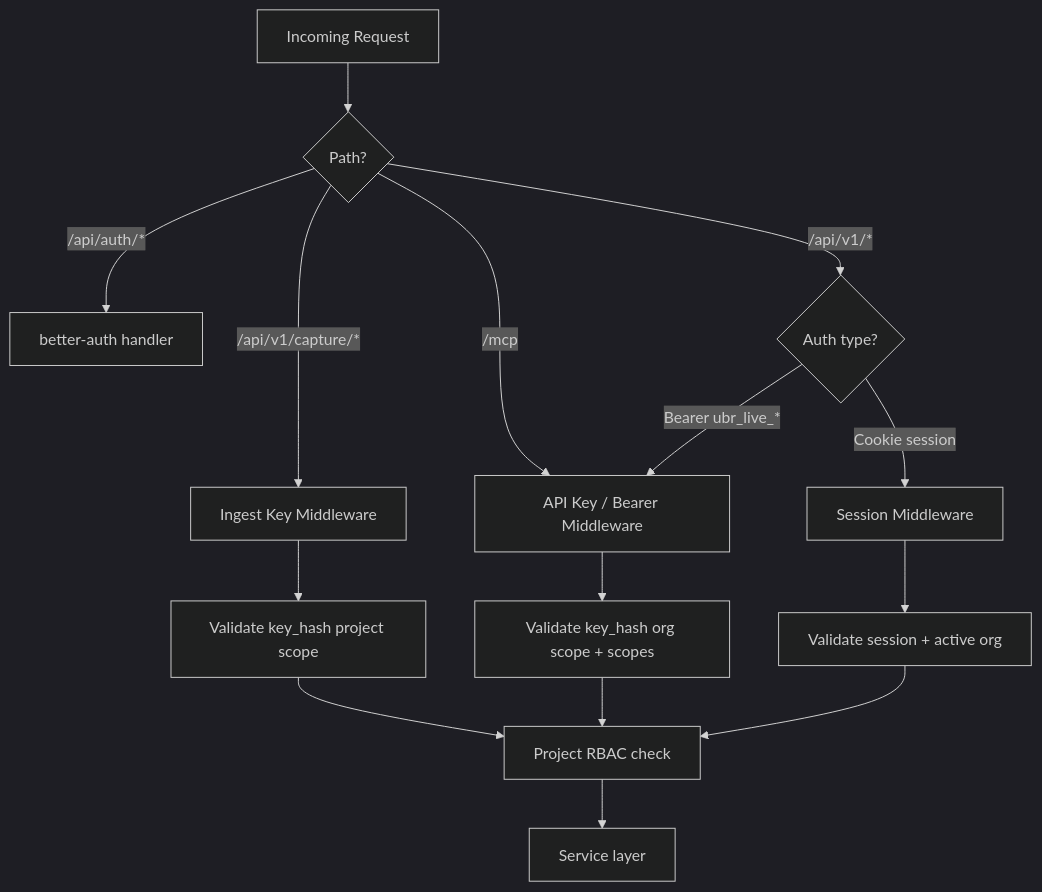
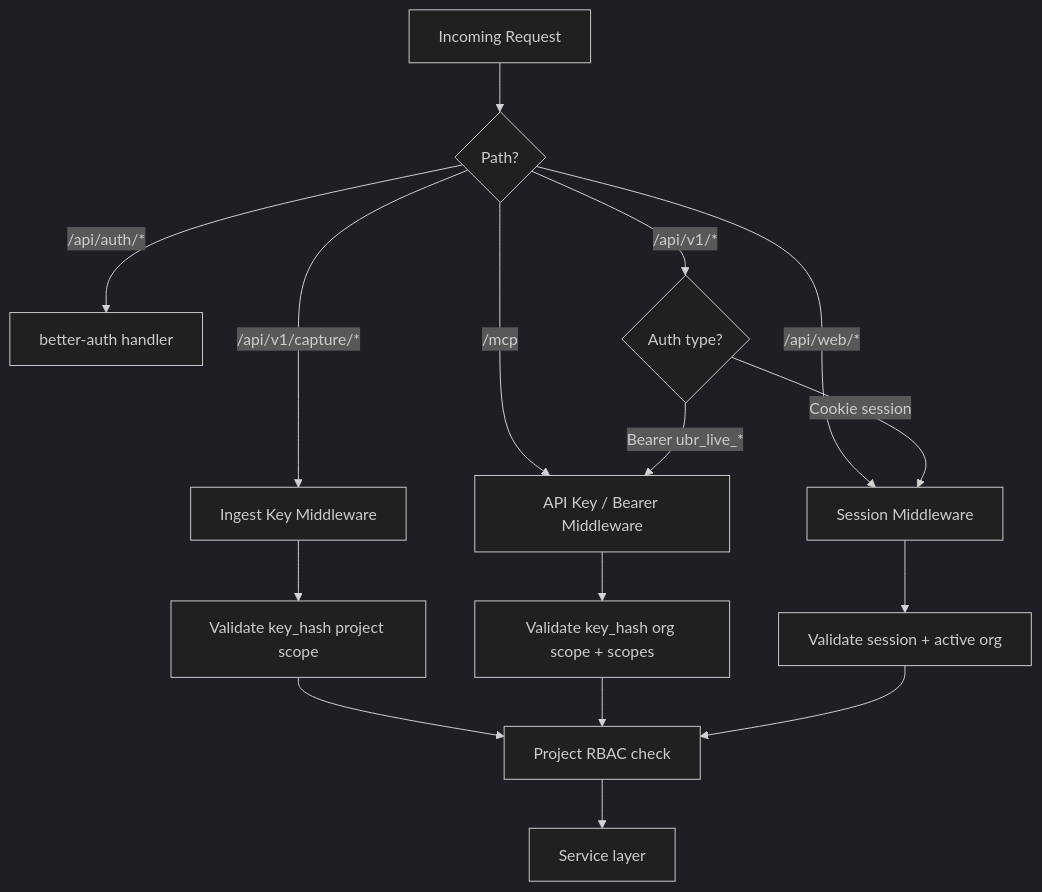
The fourth of 4 diagrams in _bmad-output/planning-artifacts/architecture-usebugreport-2026-07-20/architecture.md (Milkywayrules/usebugreport), drawn with Mermaid (dark theme) before and after one commit. The commit also changed other lines of this file and 5 other files, not shown here.

````diff
--- a/_bmad-output/planning-artifacts/architecture-usebugreport-2026-07-20/architecture.md
+++ b/_bmad-output/planning-artifacts/architecture-usebugreport-2026-07-20/architecture.md
@@ -533,17 +614,18 @@
 ```mermaid
 flowchart TD
   REQ[Incoming Request] --> PATH{Path?}
   PATH -->|/api/auth/*| BA[better-auth handler]
   PATH -->|/api/v1/capture/*| IK[Ingest Key Middleware]
   PATH -->|/mcp| AK[API Key / Bearer Middleware]
+  PATH -->|/api/web/*| SESS
   PATH -->|/api/v1/*| AUTH{Auth type?}
   AUTH -->|Cookie session| SESS[Session Middleware]
   AUTH -->|Bearer ubr_live_*| AK
   IK --> IKVAL[Validate key_hash project scope]
   AK --> AKVAL[Validate key_hash org scope + scopes]
   SESS --> SESSVAL[Validate session + active org]
   IKVAL --> RBAC[Project RBAC check]
   AKVAL --> RBAC
   SESSVAL --> RBAC
   RBAC --> SVC[Service layer]
 ```
````
